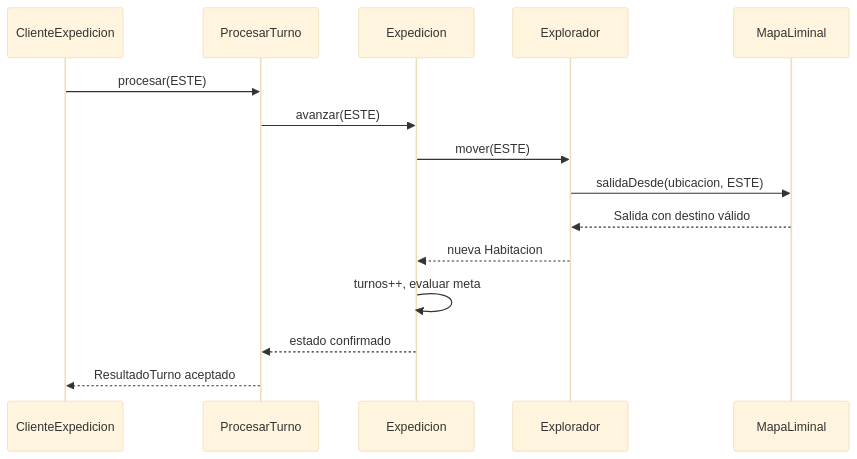
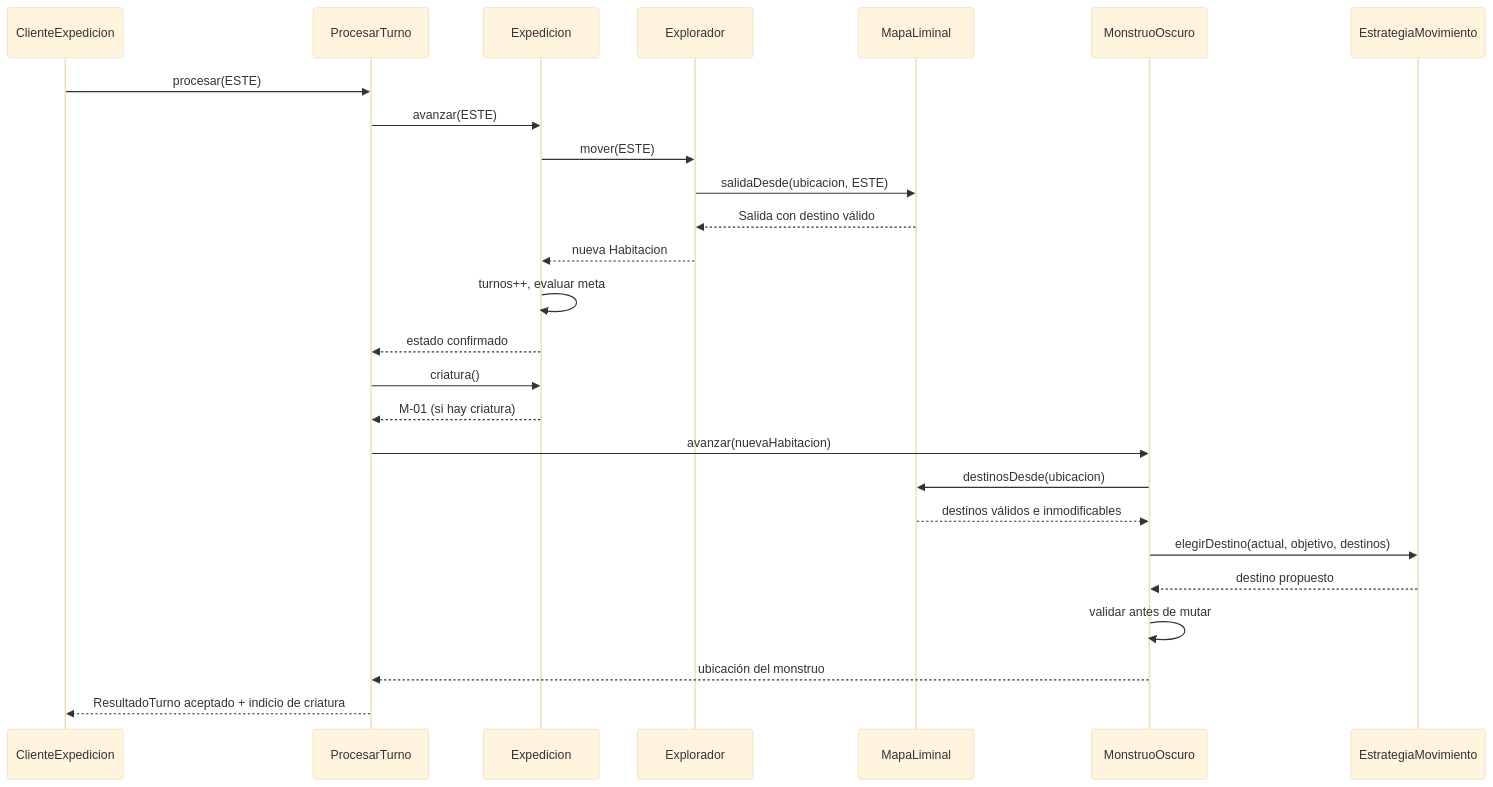
Before and after one commit to marcos-moreira-dev/Patrones-de-dise-o-Java: the third of 3 diagrams in proyectos/expedicion-liminal-integrada/docs/ARQUITECTURA.md, drawn with Mermaid (base theme). The commit also changed other lines of this file and 5 other files, not shown here.

Commit message:
docs(integrador): cerrar etapa Strategy y sincronizar dominio, UML y alcance

```diff
--- a/proyectos/expedicion-liminal-integrada/docs/ARQUITECTURA.md
+++ b/proyectos/expedicion-liminal-integrada/docs/ARQUITECTURA.md
@@ -135,17 +173,28 @@
 ~~~mermaid
 sequenceDiagram
     participant Cliente as ClienteExpedicion
     participant Caso as ProcesarTurno
     participant Sesion as Expedicion
     participant Exp as Explorador
     participant Mapa as MapaLiminal
+    participant Monstruo as MonstruoOscuro
+    participant Estrategia as EstrategiaMovimiento
     Cliente->>Caso: procesar(ESTE)
     Caso->>Sesion: avanzar(ESTE)
     Sesion->>Exp: mover(ESTE)
     Exp->>Mapa: salidaDesde(ubicacion, ESTE)
     Mapa-->>Exp: Salida con destino válido
     Exp-->>Sesion: nueva Habitacion
     Sesion->>Sesion: turnos++, evaluar meta
     Sesion-->>Caso: estado confirmado
-    Caso-->>Cliente: ResultadoTurno aceptado
+    Caso->>Sesion: criatura()
+    Sesion-->>Caso: M-01 (si hay criatura)
+    Caso->>Monstruo: avanzar(nuevaHabitacion)
+    Monstruo->>Mapa: destinosDesde(ubicacion)
+    Mapa-->>Monstruo: destinos válidos e inmodificables
+    Monstruo->>Estrategia: elegirDestino(actual, objetivo, destinos)
+    Estrategia-->>Monstruo: destino propuesto
+    Monstruo->>Monstruo: validar antes de mutar
+    Monstruo-->>Caso: ubicación del monstruo
+    Caso-->>Cliente: ResultadoTurno aceptado + indicio de criatura
 ~~~
```
